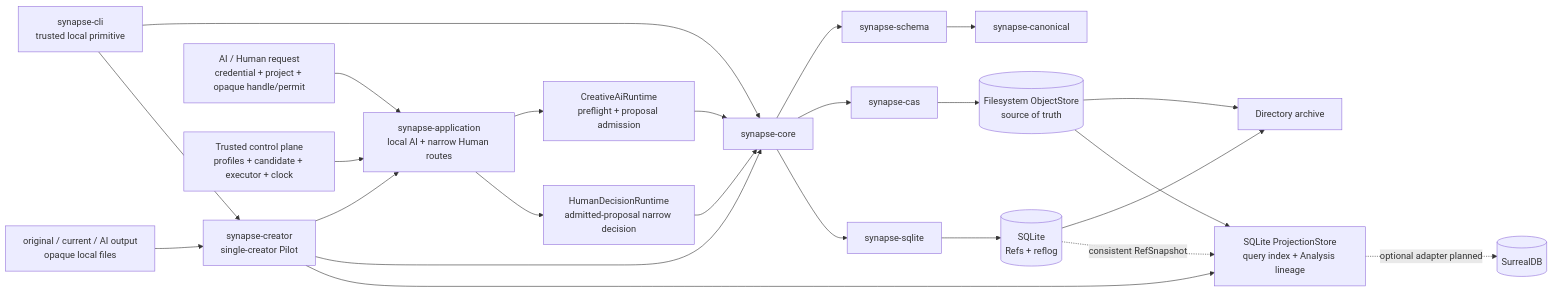
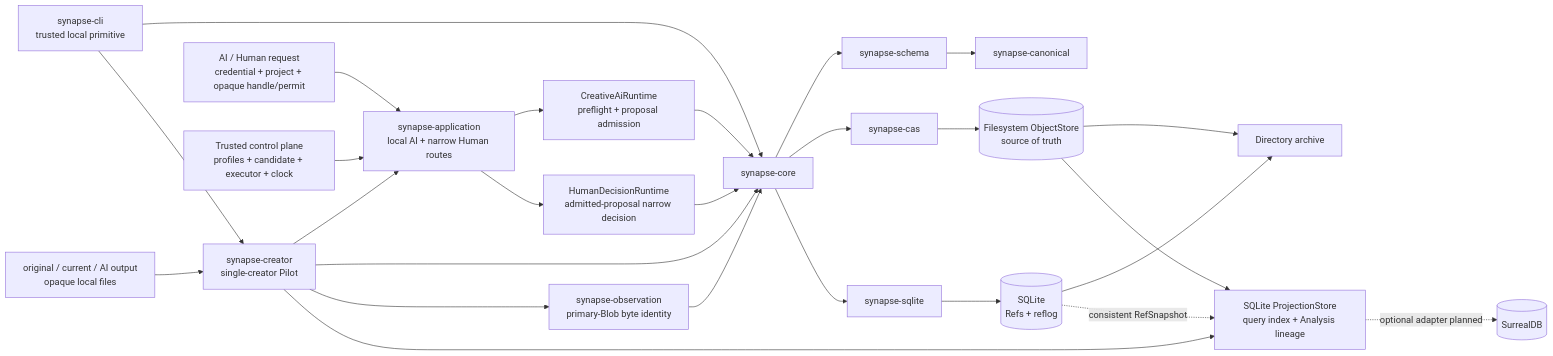
Before and after one commit to howlrs/synapsegit: the second of 2 diagrams in README.md, drawn with Mermaid. The commit also changed other lines of this file and 16 other files, not shown here.

````diff
--- a/README.md
+++ b/README.md
@@ -231,26 +259,28 @@
 ```mermaid
 flowchart LR
     CLI["synapse-cli<br/>trusted local primitive"] --> Core[synapse-core]
     Files["original / current / AI output<br/>opaque local files"] --> Creator["synapse-creator<br/>single-creator Pilot"]
     CLI --> Creator
     Request["AI / Human request<br/>credential + project + opaque handle/permit"] --> App["synapse-application<br/>local AI + narrow Human routes"]
     Control["Trusted control plane<br/>profiles + candidate + executor + clock"] --> App
     Creator --> App
     Creator --> Core
+    Creator --> Observation["synapse-observation<br/>primary-Blob byte identity"]
+    Observation --> Core
     App --> AIRuntime["CreativeAiRuntime<br/>preflight + proposal admission"]
     App --> HRuntime["HumanDecisionRuntime<br/>admitted-proposal narrow decision"]
     AIRuntime --> Core
     HRuntime --> Core
     Core --> Schema[synapse-schema]
     Schema --> Canon[synapse-canonical]
     Core --> Store[synapse-cas]
     Core --> Refs[synapse-sqlite]
     Store --> CAS[("Filesystem ObjectStore<br/>source of truth")]
     Refs --> DB[("SQLite<br/>Refs + reflog")]
     CAS --> Archive[Directory archive]
     DB --> Archive
     CAS --> Projection["SQLite ProjectionStore<br/>query index + Analysis lineage"]
     DB -. consistent RefSnapshot .-> Projection
     Creator --> Projection
     Projection -. optional adapter planned .-> SurrealDB[(SurrealDB)]
 ```
````
